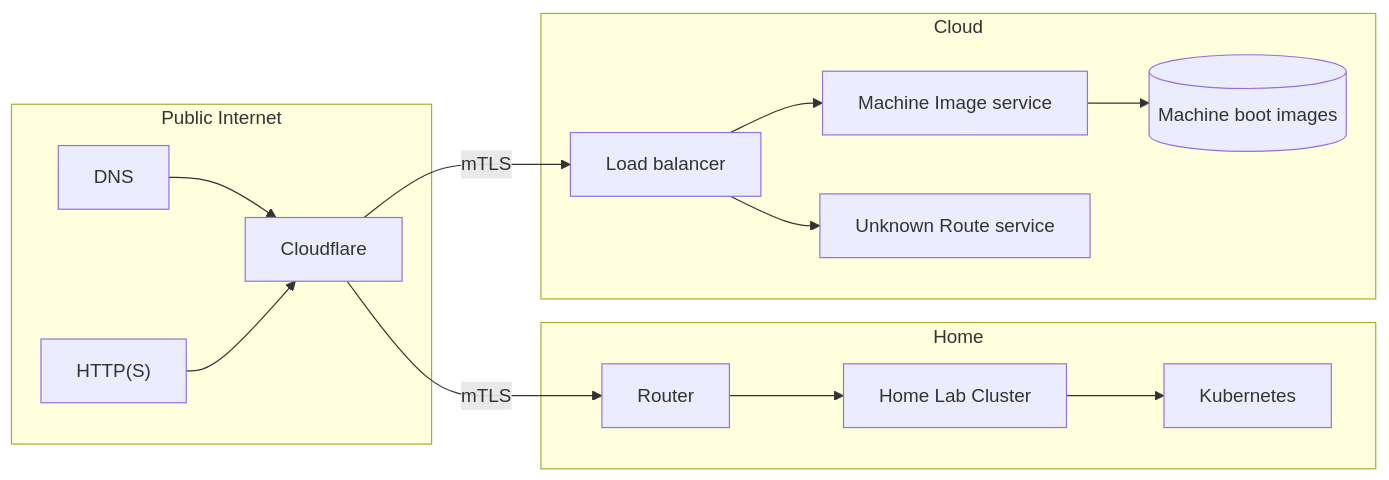
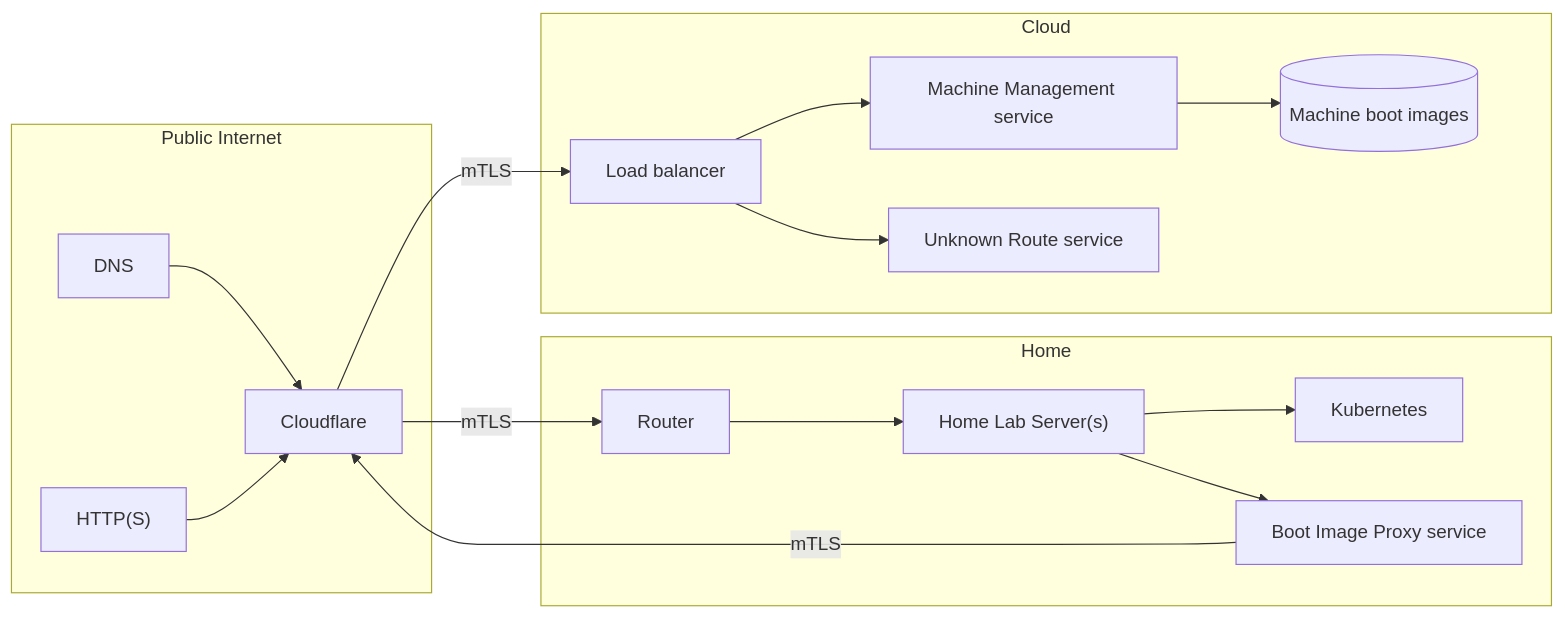
Before and after one commit to Zaba505/infra: the first of 2 diagrams in README.md, drawn with Mermaid. The commit also changed other lines of this file and 27 other files, not shown here.

````diff
--- a/README.md
+++ b/README.md
@@ -3,33 +3,36 @@
 ```mermaid
 flowchart LR
 
     dns["DNS"]
     https["HTTP(S)"]
     cloudflare["Cloudflare"]
     homeRouter["Router"]
-    homeLab["Home Lab Cluster"]
+    homeLab["Home Lab Server(s)"]
+    imageProxy["Boot Image Proxy service"]
     k8s["Kubernetes"]
     loadBalancer["Load balancer"]
     bootImages[("Machine boot images")]
-    imageService["Machine Image service"]
+    imageService["Machine Management service"]
     sinkService["Unknown Route service"]
 
     subgraph a [Public Internet]
         dns --> cloudflare
         https --> cloudflare
     end
 
     subgraph one [Home]
         homeRouter --> homeLab
         homeLab --> k8s
+        homeLab --> imageProxy
     end
 
     subgraph two [Cloud]
         loadBalancer --> imageService
         loadBalancer --> sinkService
         imageService --> bootImages
     end
 
     cloudflare -->|mTLS| loadBalancer
     cloudflare -->|mTLS| homeRouter
+    imageProxy --> |mTLS| cloudflare
 ```
````
